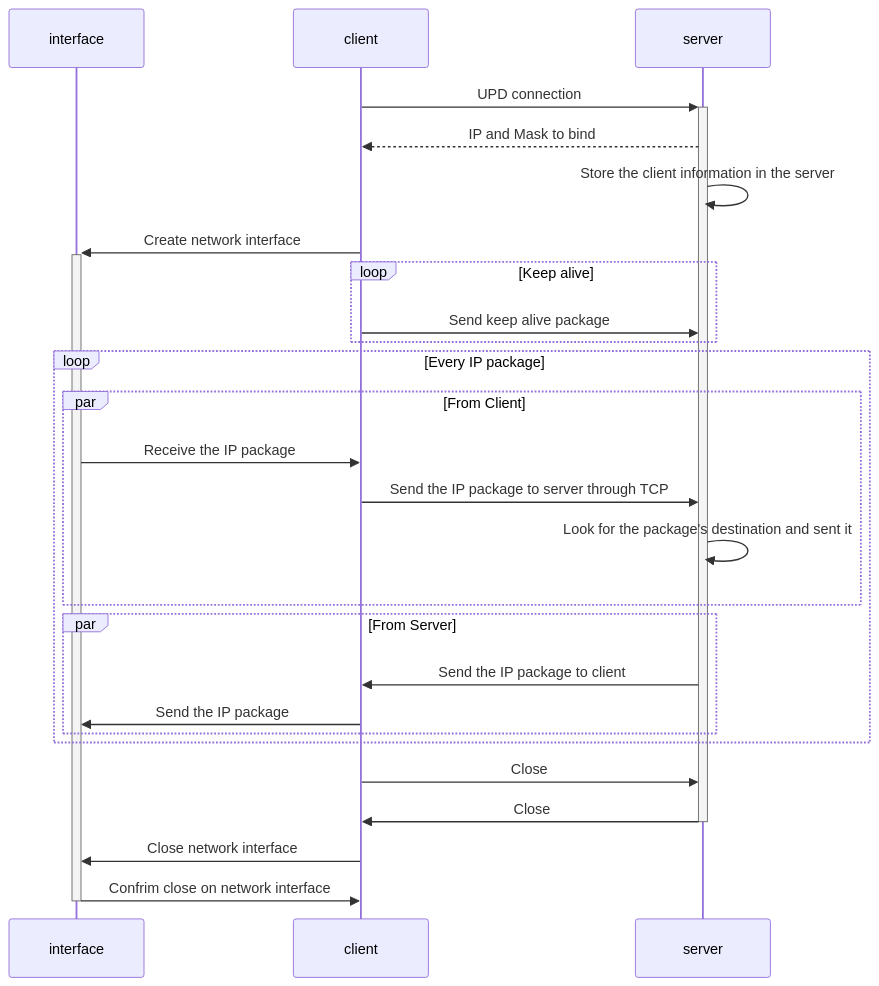
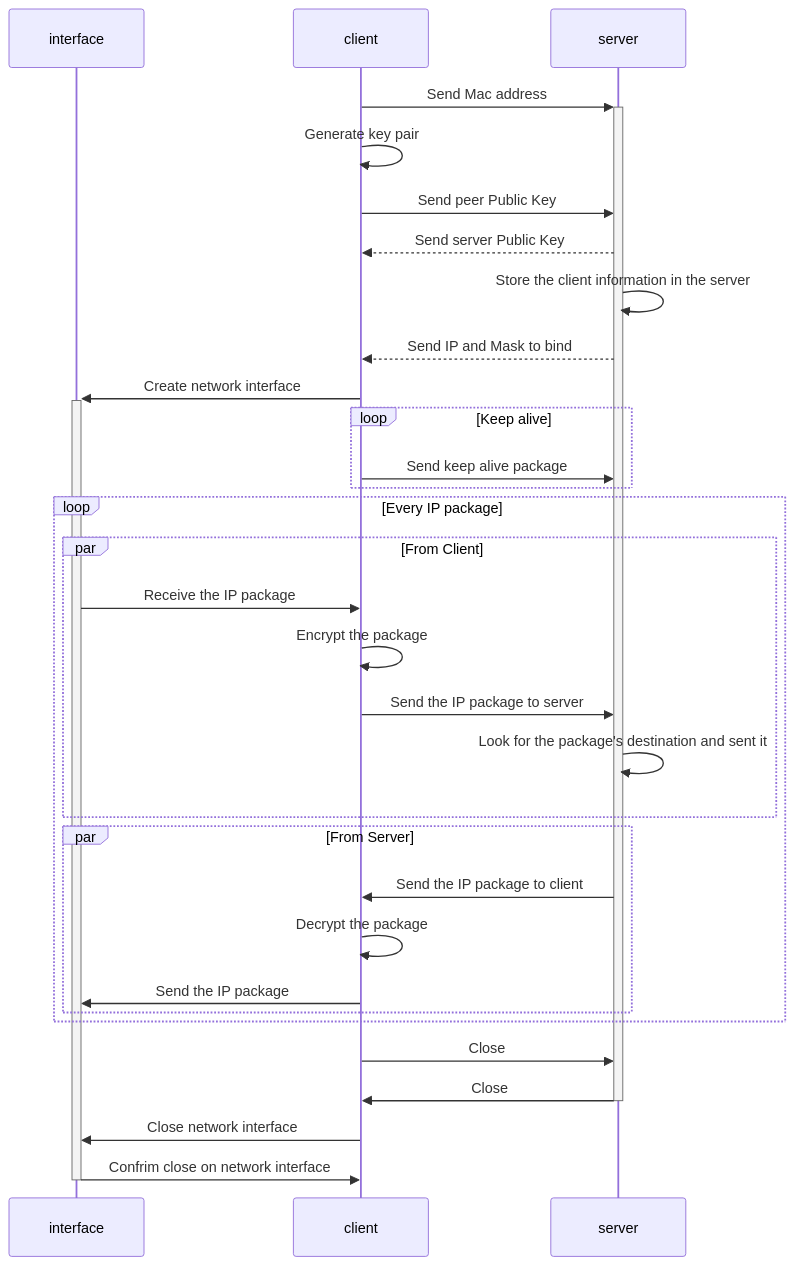
Before and after one commit to henrybarreto/minivpn: the diagram in README.md, drawn with Mermaid. The commit also changed other lines of this file and 1 other file, not shown here.

Commit message:
fMuga4T3aNPMA7CYf8LEfsAhMJPCVHuq83WsFt9NjbQ=

````diff
--- a/README.md
+++ b/README.md
@@ -25,31 +25,36 @@
 ```mermaid
 sequenceDiagram
 participant interface
 participant client
 participant server
-client ->>+ server: UPD connection
-server -->> client: IP and Mask to bind
+client ->>+ server: Send Mac address
+client ->> client: Generate key pair
+client ->> server: Send peer Public Key
+server -->> client: Send server Public Key
 server ->> server: Store the client information in the server
+server -->> client: Send IP and Mask to bind
 client ->>+ interface: Create network interface
 
 loop Keep alive
     client ->> server: Send keep alive package
 end
 
 loop Every IP package
     par From Client
     interface ->> client: Receive the IP package
-    client ->> server: Send the IP package to server through TCP
+    client ->> client: Encrypt the package
+    client ->> server: Send the IP package to server
     server ->> server: Look for the package's destination and sent it
     end
     par From Server
     server ->> client: Send the IP package to client
+    client ->> client: Decrypt the package
     client ->> interface: Send the IP package
     end
 end
 
 client ->> server: Close
 server ->>- client: Close
 client ->> interface: Close network interface
 interface ->>- client: Confrim close on network interface
 ```
````
